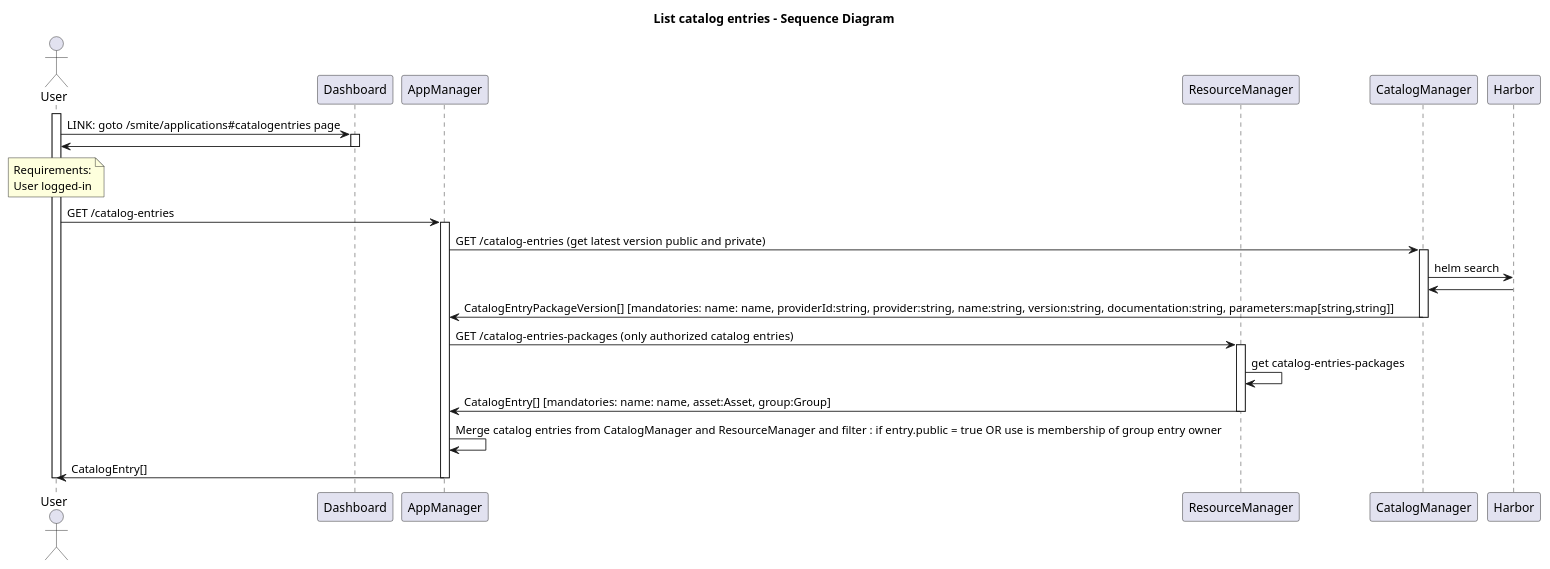
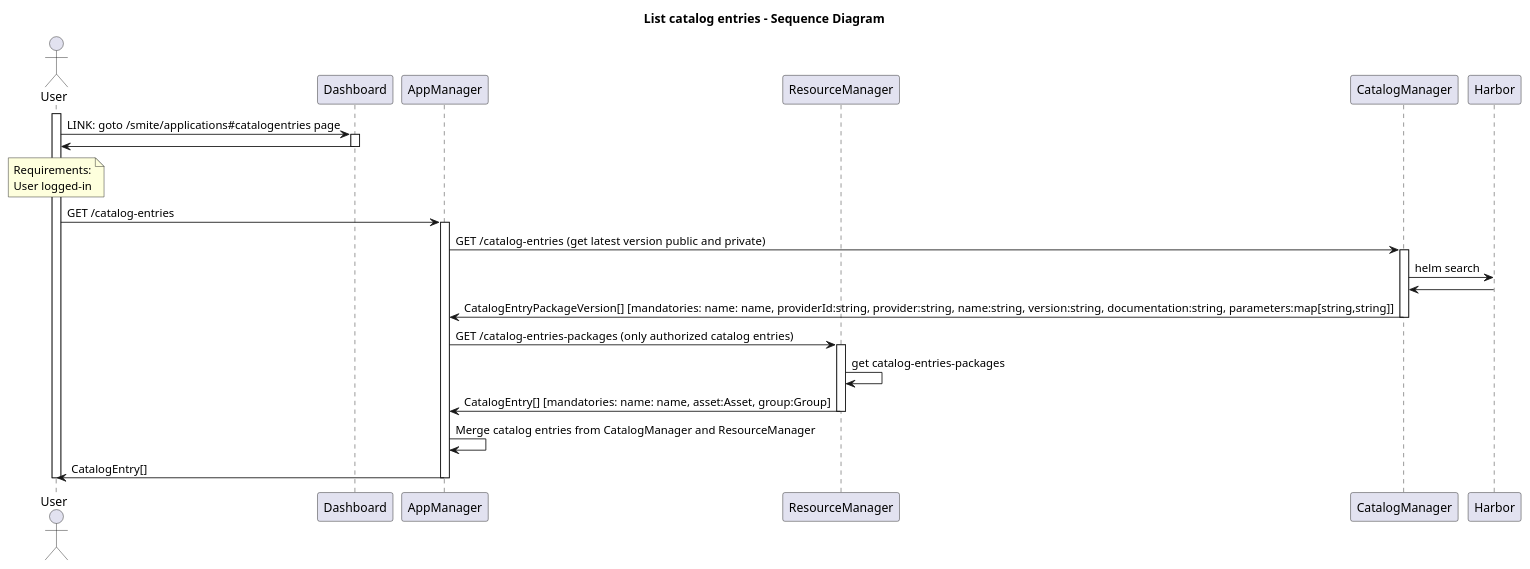
One commit to kathra-project/specifications changed the diagram in Use cases/CatalogEntry/List/list.puml. Above: the diagram before and after it, drawn with PlantUML. The commit also changed 3 other files, not shown here.

```diff
--- a/Use cases/CatalogEntry/List/list.puml
+++ b/Use cases/CatalogEntry/List/list.puml
@@ -1,44 +1,44 @@
 @startuml
 title "List catalog entries - Sequence Diagram"
 
 actor User
 'boundary Proxy
 participant Dashboard as UI
 participant AppManager
 participant ResourceManager
 participant CatalogManager
 
 activate User
 User -> UI: LINK: goto /smite/applications#catalogentries page
 activate UI
 UI -> User:
 deactivate UI
 
 note over User
   Requirements:
   User logged-in
 end note
 
 User -> AppManager: GET /catalog-entries
 activate AppManager
 
 AppManager -> CatalogManager: GET /catalog-entries  (get latest version public and private)
 activate CatalogManager
 CatalogManager -> Harbor : helm search
 CatalogManager <- Harbor
 AppManager <- CatalogManager : CatalogEntryPackageVersion[] [mandatories: name: name, providerId:string, provider:string, name:string, version:string, documentation:string, parameters:map[string,string]]
 deactivate CatalogManager
 
 AppManager -> ResourceManager: GET /catalog-entries-packages  (only authorized catalog entries)
 activate ResourceManager
 ResourceManager -> ResourceManager : get catalog-entries-packages
 AppManager <- ResourceManager : CatalogEntry[] [mandatories: name: name, asset:Asset, group:Group]
 deactivate ResourceManager
-AppManager -> AppManager : Merge catalog entries from CatalogManager and ResourceManager and filter : if entry.public = true OR use is membership of group entry owner
+AppManager -> AppManager : Merge catalog entries from CatalogManager and ResourceManager
 User <- AppManager : CatalogEntry[]
 deactivate AppManager
 
 deactivate User
 
 
 @enduml
```
